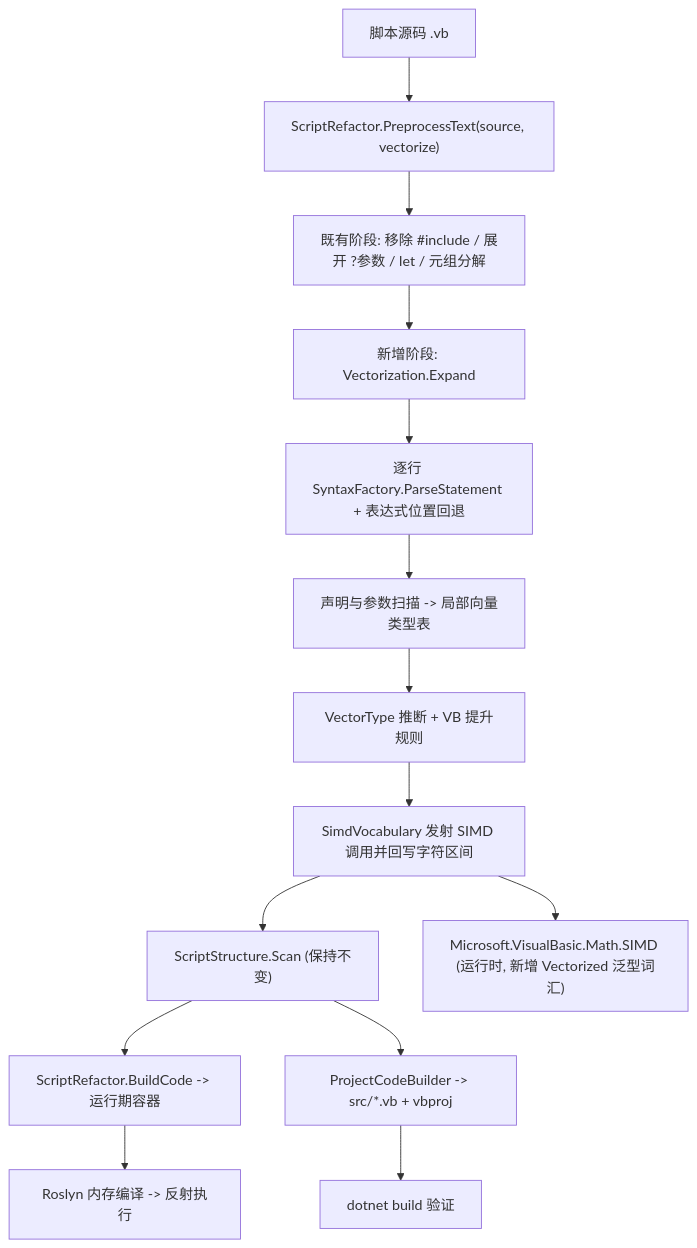
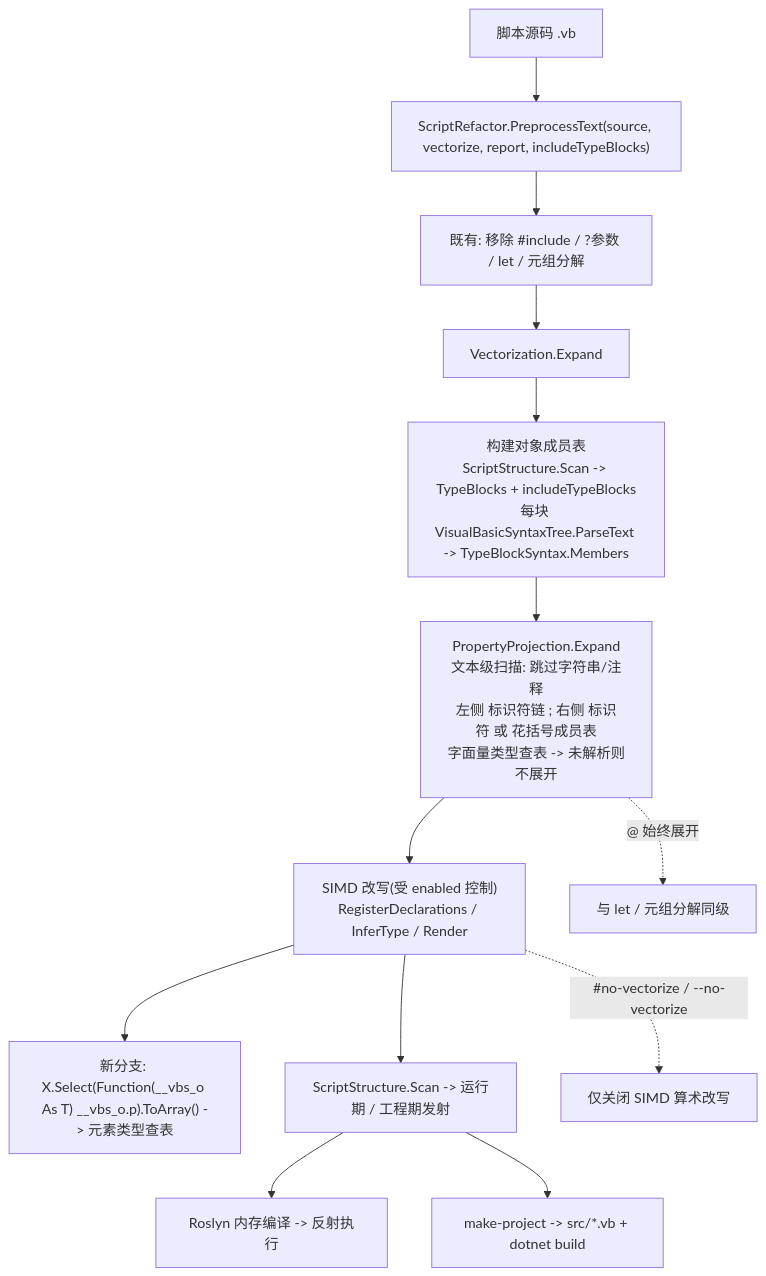
The diagram in src/runtime/sciBASIC#/vs_solutions/.codebuddy/plans/VBS_脚本宿主向量化计算功能_8cc84ce8.md (SMRUCC/GCModeller), drawn with Mermaid before and after one commit. The commit also changed other lines of this file and 16 other files, not shown here.

Commit message:
make property projection syntax

````diff
--- a/src/runtime/sciBASIC#/vs_solutions/.codebuddy/plans/VBS_脚本宿主向量化计算功能_8cc84ce8.md
+++ b/src/runtime/sciBASIC#/vs_solutions/.codebuddy/plans/VBS_脚本宿主向量化计算功能_8cc84ce8.md
@@ -105,16 +116,15 @@
 ```mermaid
 flowchart TD
-    A["脚本源码 .vb"] --> B["ScriptRefactor.PreprocessText(source, vectorize)"]
-    B --> B1["既有阶段: 移除 #include / 展开 ?参数 / let / 元组分解"]
-    B1 --> B2["新增阶段: Vectorization.Expand"]
-    B2 --> B2a["逐行 SyntaxFactory.ParseStatement + 表达式位置回退"]
-    B2a --> B2b["声明与参数扫描 -> 局部向量类型表"]
-    B2b --> B2c["VectorType 推断 + VB 提升规则"]
-    B2c --> B2d["SimdVocabulary 发射 SIMD 调用并回写字符区间"]
-    B2d --> C["ScriptStructure.Scan (保持不变)"]
-    C --> D1["ScriptRefactor.BuildCode -> 运行期容器"]
-    C --> D2["ProjectCodeBuilder -> src/*.vb + vbproj"]
-    D1 --> E["Roslyn 内存编译 -> 反射执行"]
-    D2 --> F["dotnet build 验证"]
-    B2d --> G["Microsoft.VisualBasic.Math.SIMD (运行时, 新增 Vectorized 泛型词汇)"]
+    A["脚本源码 .vb"] --> B["ScriptRefactor.PreprocessText(source, vectorize, report, includeTypeBlocks)"]
+    B --> B1["既有: 移除 #include / ?参数 / let / 元组分解"]
+    B1 --> C["Vectorization.Expand"]
+    C --> C0["构建对象成员表<br/>ScriptStructure.Scan -> TypeBlocks + includeTypeBlocks<br/>每块 VisualBasicSyntaxTree.ParseText -> TypeBlockSyntax.Members"]
+    C0 --> C1["PropertyProjection.Expand<br/>文本级扫描: 跳过字符串/注释<br/>左侧 标识符链 ; 右侧 标识符 或 花括号成员表<br/>字面量类型查表 -> 未解析则不展开"]
+    C1 --> C2["SIMD 改写(受 enabled 控制)<br/>RegisterDeclarations / InferType / Render"]
+    C2 --> C2a["新分支: X.Select(Function(__vbs_o As T) __vbs_o.p).ToArray() -> 元素类型查表"]
+    C2 --> D["ScriptStructure.Scan -> 运行期 / 工程期发射"]
+    D --> E["Roslyn 内存编译 -> 反射执行"]
+    D --> F["make-project -> src/*.vb + dotnet build"]
+    C1 -.->|"@ 始终展开"| G["与 let / 元组分解同级"]
+    C2 -.->|"#no-vectorize / --no-vectorize"| H["仅关闭 SIMD 算术改写"]
 ```
````
